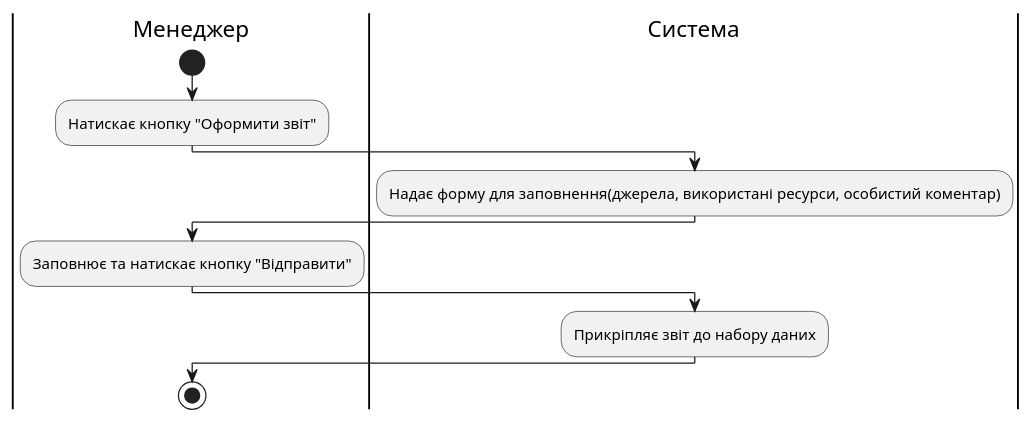
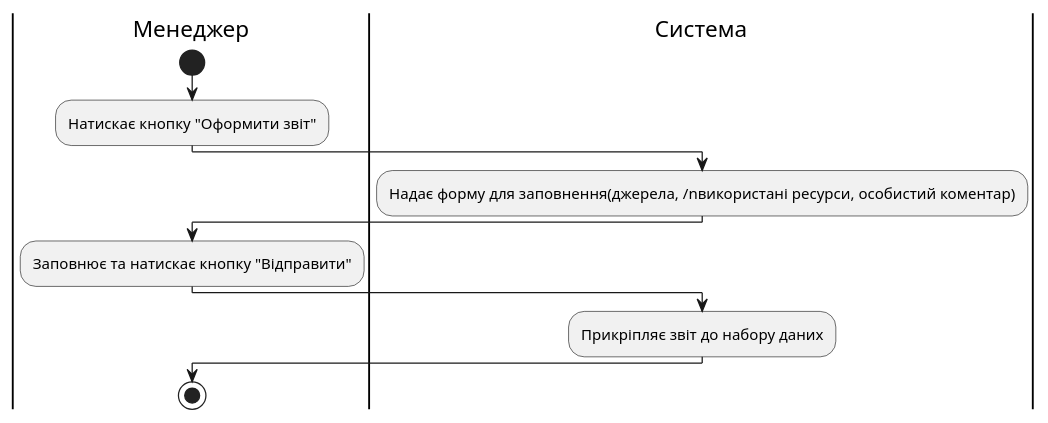
Before and after one commit to anrikolo/obd: the diagram in src/uml/UC7.puml, drawn with PlantUML.

```diff
--- a/src/uml/UC7.puml
+++ b/src/uml/UC7.puml
@@ -2,14 +2,14 @@
 @startuml
 
     |Менеджер|
     start
     :Натискає кнопку "Оформити звіт";
     |Система|
-    :Надає форму для заповнення(джерела, використані ресурси, особистий коментар);
+    :Надає форму для заповнення(джерела, /nвикористані ресурси, особистий коментар);
     |Менеджер|
     :Заповнює та натискає кнопку "Відправити";
     |Система|
     :Прикріпляє звіт до набору даних;
         |Менеджер|
     stop;
 @enduml
```
